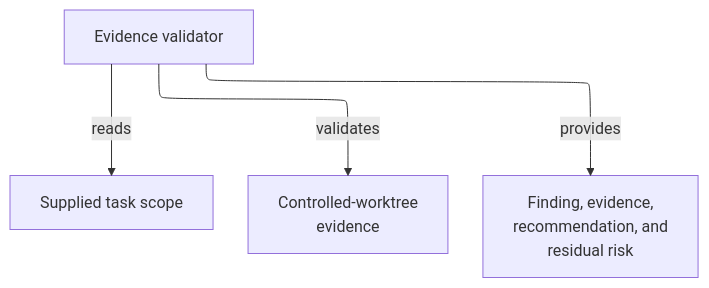
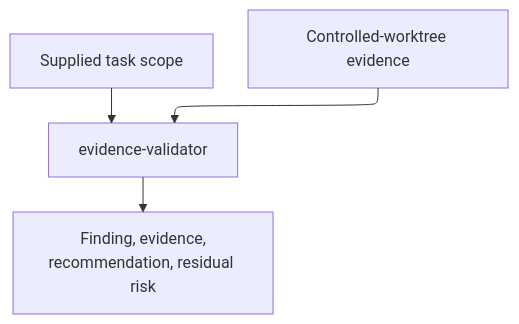
Before and after one commit to abstract-business-systems/as-is: the diagram in agents/evidence-validator/as-is.md, drawn with Mermaid. The commit also changed other lines of this file and 35 other files, not shown here.

````diff
--- a/agents/evidence-validator/as-is.md
+++ b/agents/evidence-validator/as-is.md
@@ -16,10 +15,10 @@
 ```mermaid
 ---
 config:
   layout: elk
 ---
 flowchart TB
-    Validator["Evidence validator"] -->|reads| Scope["Supplied task scope"]
-    Validator -->|validates| Evidence["Controlled-worktree<br/>evidence"]
-    Validator -->|provides| Report["Finding, evidence,<br/>recommendation, and<br/>residual risk"]
+    Scope["Supplied task scope"] --> Validator["evidence-validator"]
+    Evidence["Controlled-worktree evidence"] --> Validator
+    Validator --> Report["Finding, evidence,<br/>recommendation, residual risk"]
 ```
````
